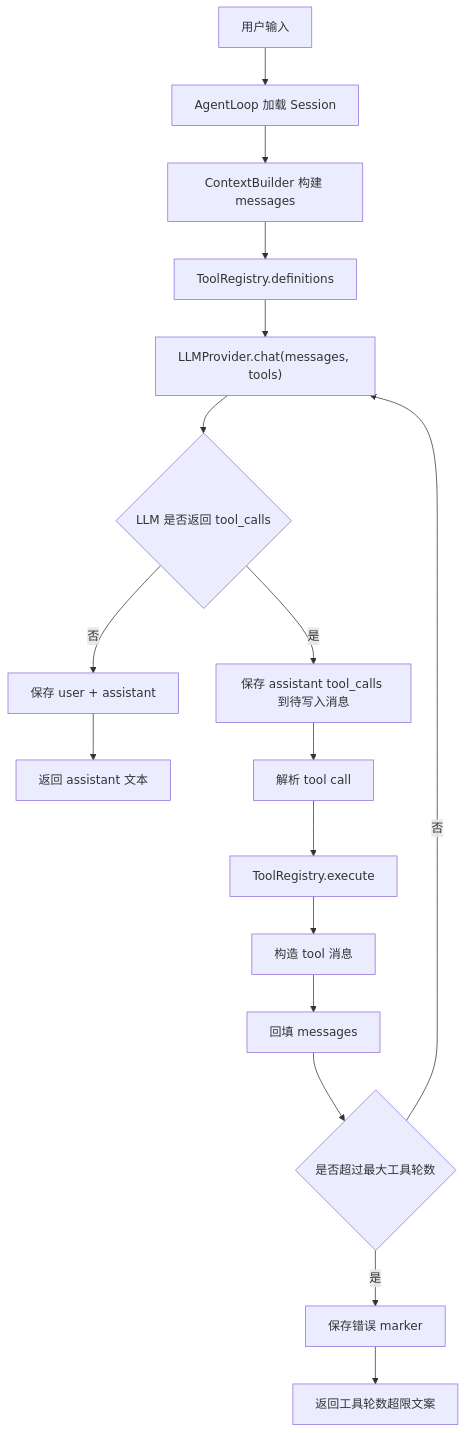
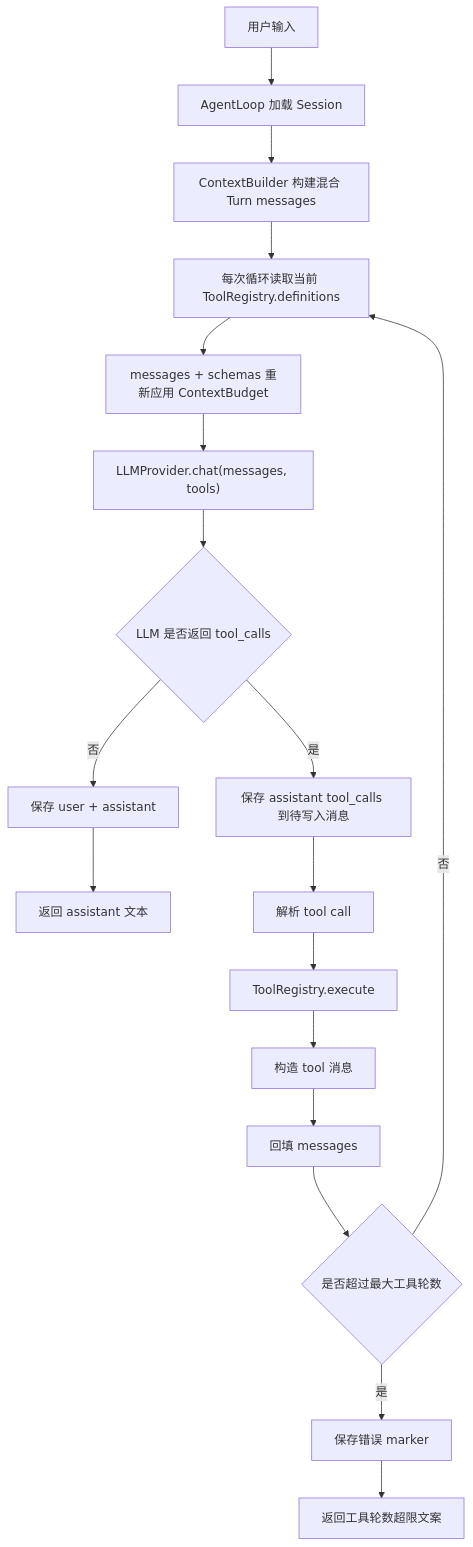
Before and after one commit to zcjMoxx/zhice_agent: the second of 4 diagrams in docs_design/zhice-agent-part3-tool-calling-design.md, drawn with Mermaid. The commit also changed other lines of this file and 127 other files, not shown here.

````diff
--- a/docs_design/zhice-agent-part3-tool-calling-design.md
+++ b/docs_design/zhice-agent-part3-tool-calling-design.md
@@ -695,19 +699,20 @@
 ```mermaid
 flowchart TD
     A["用户输入"] --> B["AgentLoop 加载 Session"]
-    B --> C["ContextBuilder 构建 messages"]
-    C --> D["ToolRegistry.definitions"]
-    D --> E["LLMProvider.chat(messages, tools)"]
-    E --> F{"LLM 是否返回 tool_calls"}
+    B --> C["ContextBuilder 构建混合 Turn messages"]
+    C --> D["每次循环读取当前 ToolRegistry.definitions"]
+    D --> E["messages + schemas 重新应用 ContextBudget"]
+    E --> Q["LLMProvider.chat(messages, tools)"]
+    Q --> F{"LLM 是否返回 tool_calls"}
     F -->|否| G["保存 user + assistant"]
     G --> H["返回 assistant 文本"]
     F -->|是| I["保存 assistant tool_calls 到待写入消息"]
     I --> J["解析 tool call"]
     J --> K["ToolRegistry.execute"]
     K --> L["构造 tool 消息"]
     L --> M["回填 messages"]
     M --> N{"是否超过最大工具轮数"}
-    N -->|否| E
+    N -->|否| D
     N -->|是| O["保存错误 marker"]
     O --> P["返回工具轮数超限文案"]
 ```
````
